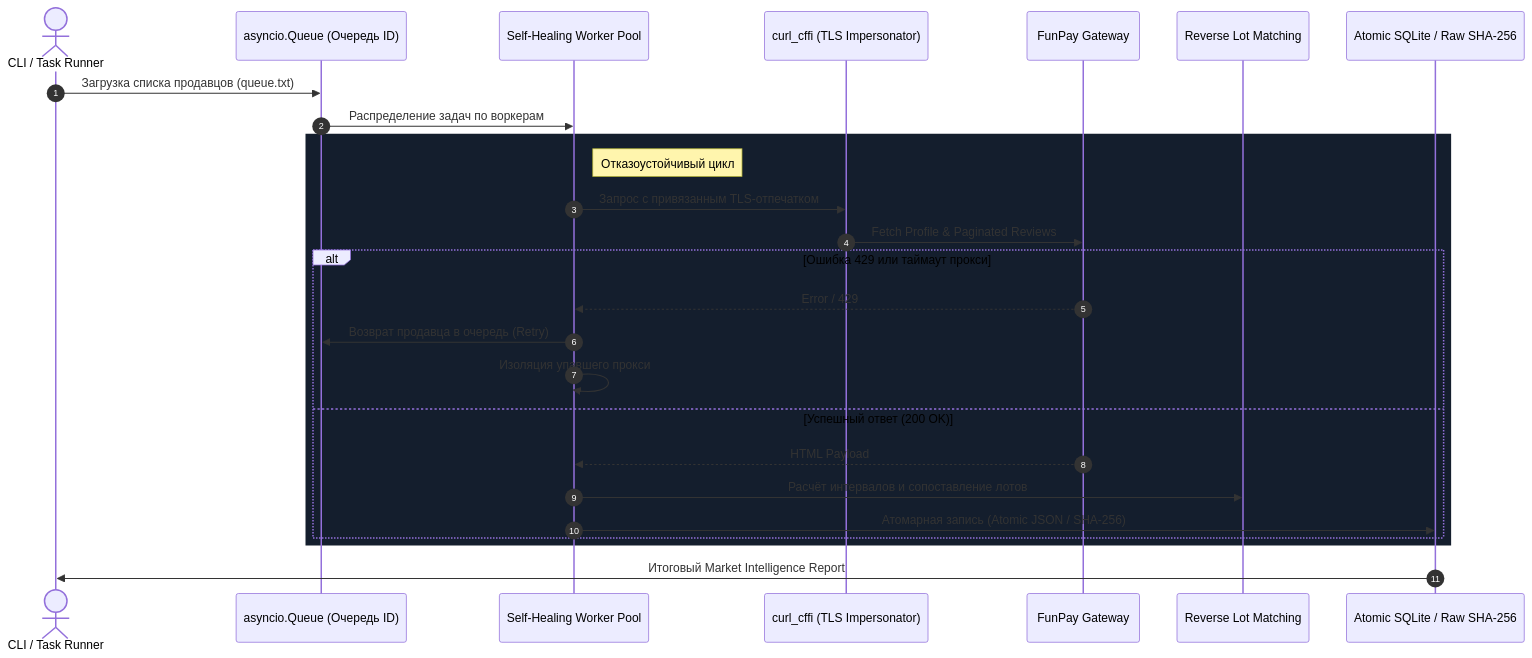
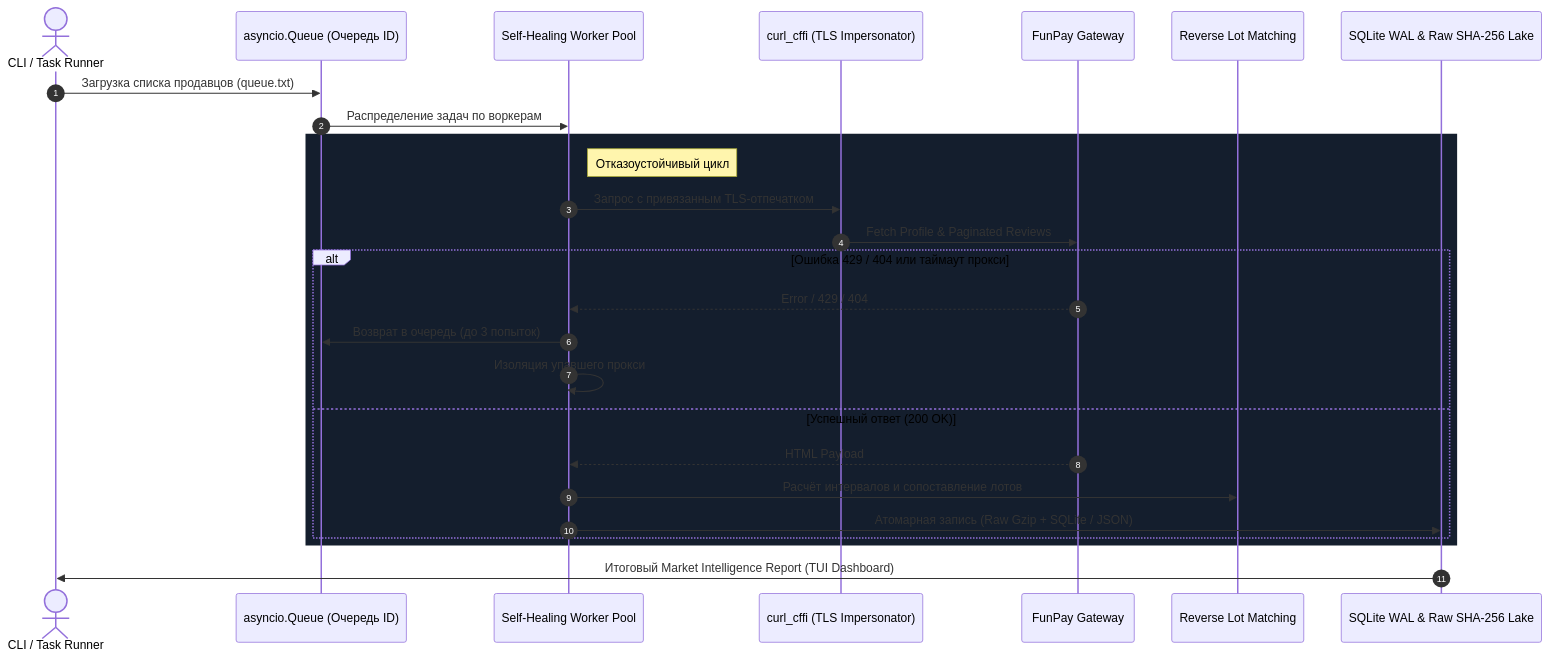
Before and after one commit to W1bbex/funpay-parser: the diagram in README.md, drawn with Mermaid. The commit also changed other lines of this file and 25 other files, not shown here.

First line of the commit message:
feat: harden market pipeline resilience, proxy calibration, and clean TUI entrypoint

````diff
--- a/README.md
+++ b/README.md
@@ -83,31 +91,31 @@
 ```mermaid
 sequenceDiagram
     autonumber
     actor Admin as CLI / Task Runner
     participant Queue as asyncio.Queue (Очередь ID)
     participant Pool as Self-Healing Worker Pool
     participant TLS as curl_cffi (TLS Impersonator)
     participant FP as FunPay Gateway
     participant Match as Reverse Lot Matching
-    participant Storage as Atomic SQLite / Raw SHA-256
+    participant Storage as SQLite WAL & Raw SHA-256 Lake
 
     Admin->>Queue: Загрузка списка продавцов (queue.txt)
     Queue->>Pool: Распределение задач по воркерам
     
     rect rgb(20, 30, 45)
         note right of Pool: Отказоустойчивый цикл
         Pool->>TLS: Запрос с привязанным TLS-отпечатком
         TLS->>FP: Fetch Profile & Paginated Reviews
-        alt Ошибка 429 или таймаут прокси
-            FP-->>Pool: Error / 429
-            Pool->>Queue: Возврат продавца в очередь (Retry)
+        alt Ошибка 429 / 404 или таймаут прокси
+            FP-->>Pool: Error / 429 / 404
+            Pool->>Queue: Возврат в очередь (до 3 попыток)
             Pool->>Pool: Изоляция упавшего прокси
         else Успешный ответ (200 OK)
             FP-->>Pool: HTML Payload
             Pool->>Match: Расчёт интервалов и сопоставление лотов
-            Pool->>Storage: Атомарная запись (Atomic JSON / SHA-256)
+            Pool->>Storage: Атомарная запись (Raw Gzip + SQLite / JSON)
         end
     end
     
-    Storage->>Admin: Итоговый Market Intelligence Report
+    Storage->>Admin: Итоговый Market Intelligence Report (TUI Dashboard)
 ```
````
